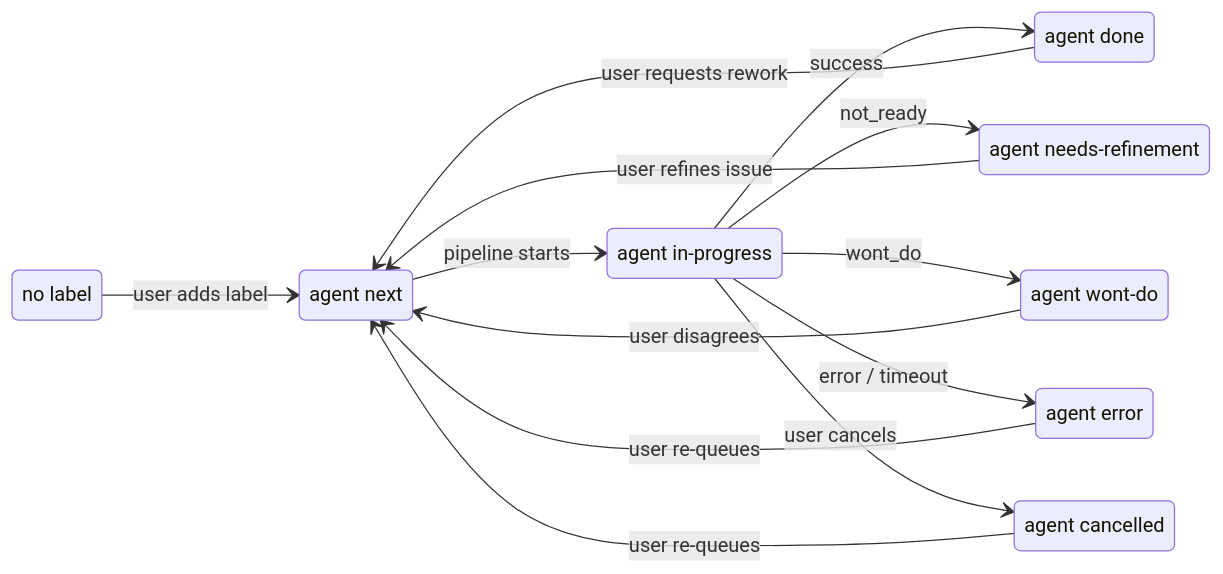
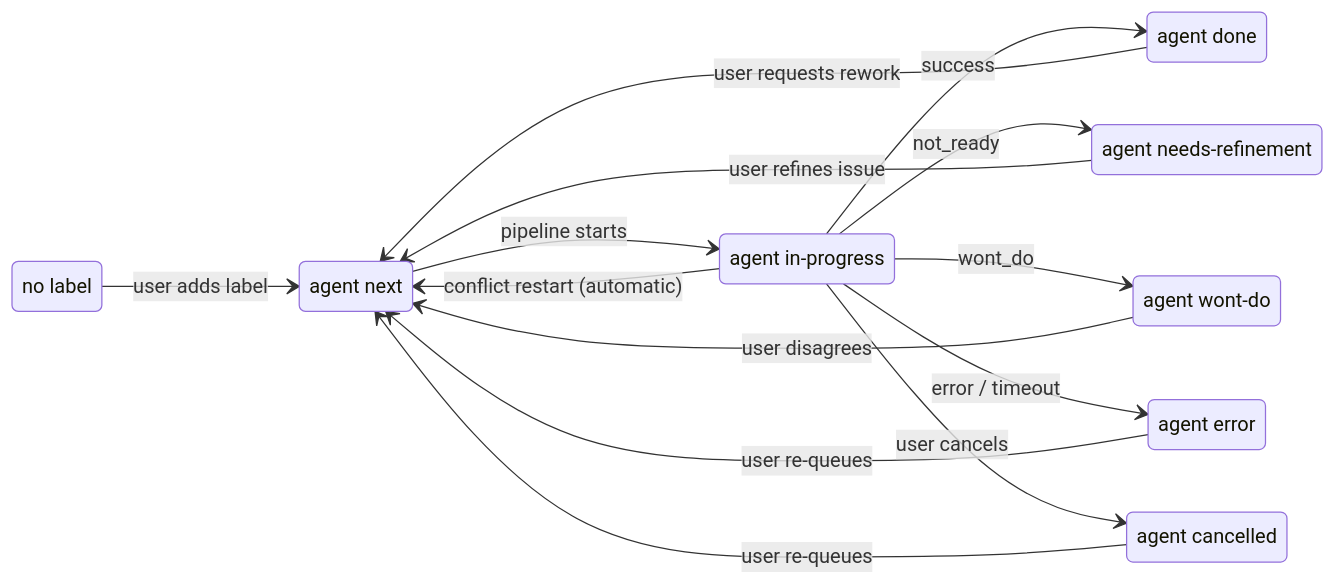
One commit to Chemsorly/coding-agent-automation changed the fourth of 9 diagrams in docs/pipeline-orchestration.md. Above: the diagram before and after it, drawn with Mermaid. The commit also changed other lines of this file and 18 other files, not shown here.

````diff
--- a/docs/pipeline-orchestration.md
+++ b/docs/pipeline-orchestration.md
@@ -200,25 +206,26 @@
 ```mermaid
 stateDiagram-v2
     direction LR
     state "no label" as none
     state "agent next" as next
     state "agent in-progress" as ip
     state "agent done" as done
     state "agent needs-refinement" as nr
     state "agent wont-do" as wd
     state "agent error" as err
     state "agent cancelled" as cancel
 
     none --> next : user adds label
     next --> ip : pipeline starts
     ip --> done : success
     ip --> nr : not_ready
     ip --> wd : wont_do
     ip --> err : error / timeout
     ip --> cancel : user cancels
+    ip --> next : conflict restart (automatic)
     done --> next : user requests rework
     err --> next : user re-queues
     nr --> next : user refines issue
     wd --> next : user disagrees
     cancel --> next : user re-queues
 ```
````
